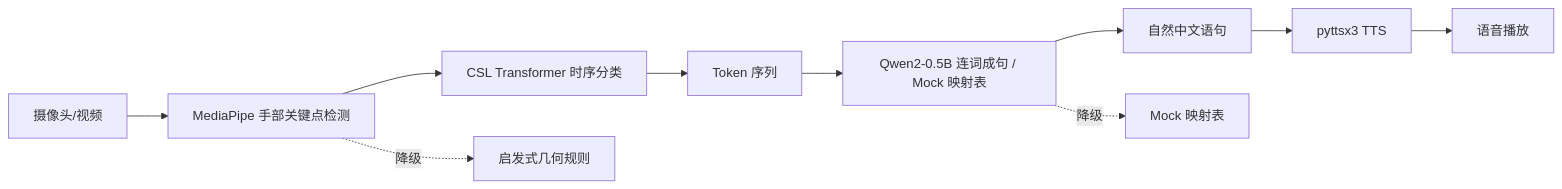
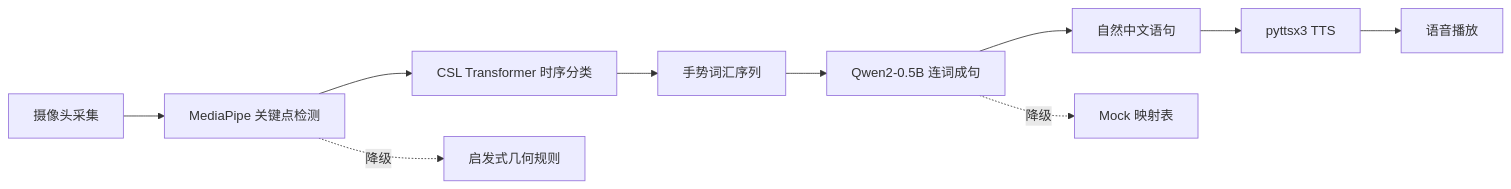
The diagram in README.md (pzzzwww/Sign-Language-Translation), drawn with Mermaid before and after one commit. The commit also changed other lines of this file, not shown here.

````diff
--- a/README.md
+++ b/README.md
@@ -13,13 +28,13 @@
 ```mermaid
 graph LR
-    A[摄像头/视频] --> B[MediaPipe 手部关键点检测]
+    A[摄像头采集] --> B[MediaPipe 关键点检测]
     B --> C[CSL Transformer 时序分类]
-    C --> D[Token 序列]
-    D --> E[Qwen2-0.5B 连词成句 / Mock 映射表]
+    C --> D[手势词汇序列]
+    D --> E[Qwen2-0.5B 连词成句]
     E --> F[自然中文语句]
     F --> G[pyttsx3 TTS]
     G --> H[语音播放]
 
     B -.->|降级| I[启发式几何规则]
     E -.->|降级| J[Mock 映射表]
 ```
````
